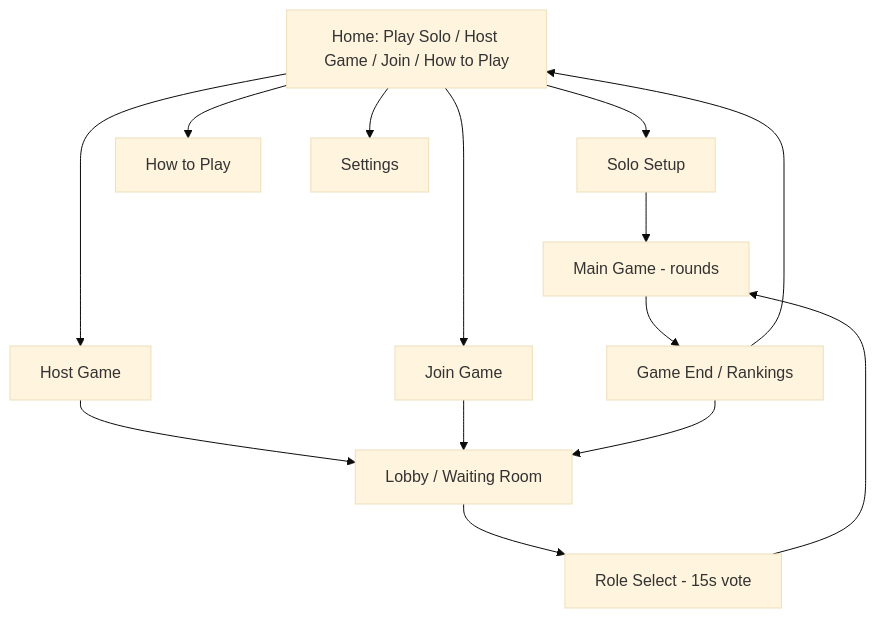
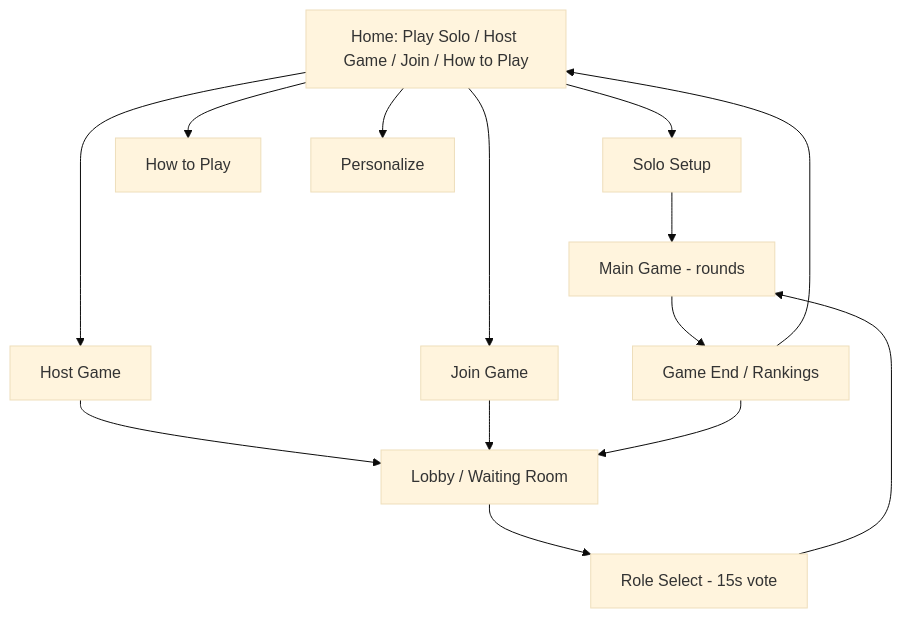
Before and after one commit to AshutoshAgarwal01/mastermind: the diagram in docs/ux-layout.md, drawn with Mermaid (base theme). The commit also changed other lines of this file and 1 other file, not shown here.

````diff
--- a/docs/ux-layout.md
+++ b/docs/ux-layout.md
@@ -24,16 +24,16 @@
 ```mermaid
 flowchart TD
     Home[Home: Play Solo / Host Game / Join / How to Play] --> Solo[Solo Setup]
     Home --> Create[Host Game]
     Home --> Join[Join Game]
     Home --> HowTo[How to Play]
-    Home --> Settings[Settings]
+    Home --> Settings[Personalize]
     Solo --> MainGame[Main Game - rounds]
     Create --> Lobby[Lobby / Waiting Room]
     Join --> Lobby
     Lobby --> RoleSelect[Role Select - 15s vote]
     RoleSelect --> MainGame
     MainGame --> GameEnd[Game End / Rankings]
     GameEnd --> Lobby
     GameEnd --> Home
 ```
````
